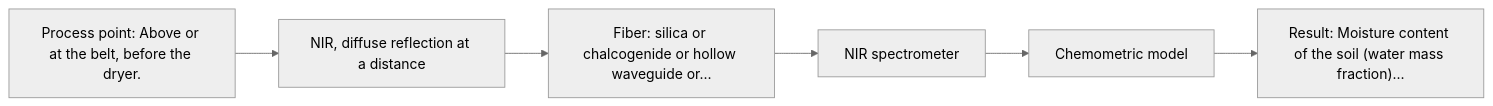
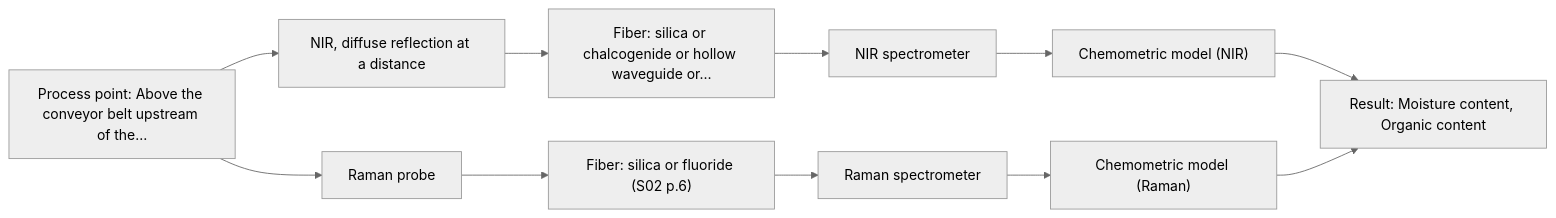
The first of 2 diagrams in outputs/adversarial/A01.md (sleipnir029/Afs-Spectroscopy-Assistant), drawn with Mermaid (neutral theme) before and after one commit. The commit also changed other lines of this file and 41 other files, not shown here.

````diff
--- a/outputs/adversarial/A01.md
+++ b/outputs/adversarial/A01.md
@@ -38,14 +38,23 @@
 ```mermaid
 flowchart LR
-    proc["Process point: Above or at the belt, before the dryer."]
+    proc["Process point: Above the conveyor belt upstream of the…"]
     probe1["NIR, diffuse reflection at a distance"]
     fiber1["Fiber: silica or chalcogenide or hollow waveguide or…"]
     spec1["NIR spectrometer"]
-    model["Chemometric model"]
-    result["Result: Moisture content of the soil (water mass fraction)…"]
+    model1["Chemometric model (NIR)"]
+    probe2["Raman probe"]
+    fiber2["Fiber: silica or fluoride (S02 p.6)"]
+    spec2["Raman spectrometer"]
+    model2["Chemometric model (Raman)"]
+    result["Result: Moisture content, Organic content"]
     proc --> probe1
     probe1 --> fiber1
     fiber1 --> spec1
-    spec1 --> model
-    model --> result
+    spec1 --> model1
+    proc --> probe2
+    probe2 --> fiber2
+    fiber2 --> spec2
+    spec2 --> model2
+    model1 --> result
+    model2 --> result
 ```
````
